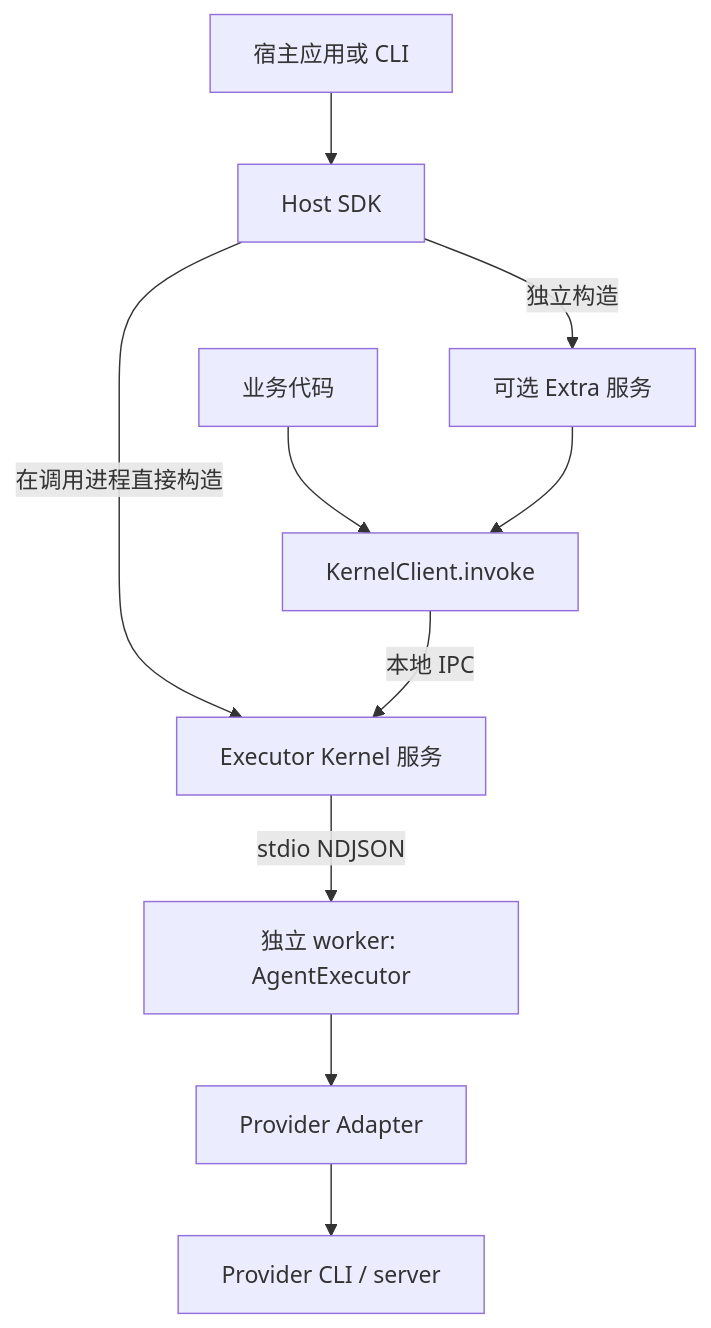
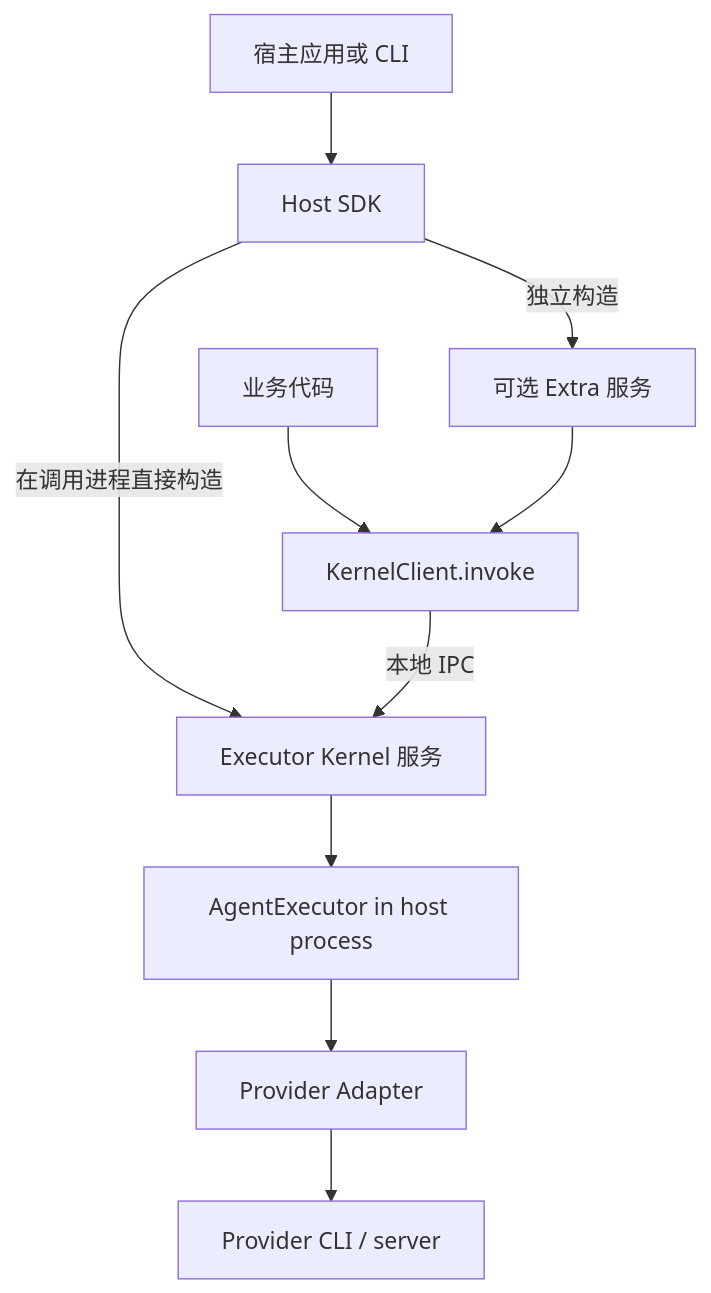
Before and after one commit to Liuxy20/octo-runtime: the first of 2 diagrams in docs/zh-CN/concepts/architecture.md, drawn with Mermaid. The commit also changed other lines of this file and 289 other files, not shown here.

````diff
--- a/docs/zh-CN/concepts/architecture.md
+++ b/docs/zh-CN/concepts/architecture.md
@@ -13,12 +13,12 @@
 ```mermaid
 flowchart TB
   Host[宿主应用或 CLI] --> SDK[Host SDK]
   SDK -->|在调用进程直接构造| Kernel[Executor Kernel 服务]
   SDK -->|独立构造| Extra[可选 Extra 服务]
   Business[业务代码] --> Client[KernelClient.invoke]
   Extra --> Client
   Client -->|本地 IPC| Kernel
-  Kernel -->|stdio NDJSON| Worker[独立 worker: AgentExecutor]
-  Worker --> Adapter[Provider Adapter]
+  Kernel --> Core[AgentExecutor in host process]
+  Core --> Adapter[Provider Adapter]
   Adapter --> Provider[Provider CLI / server]
 ```
````
